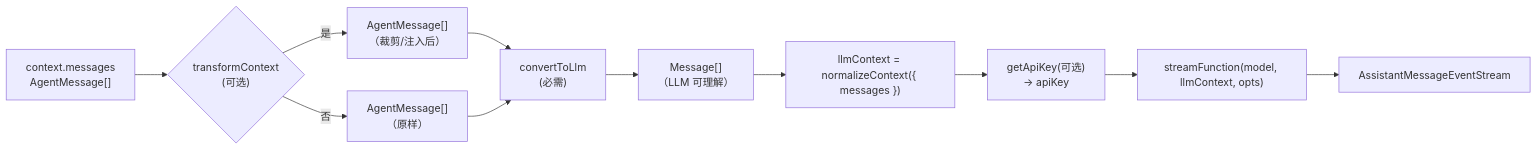
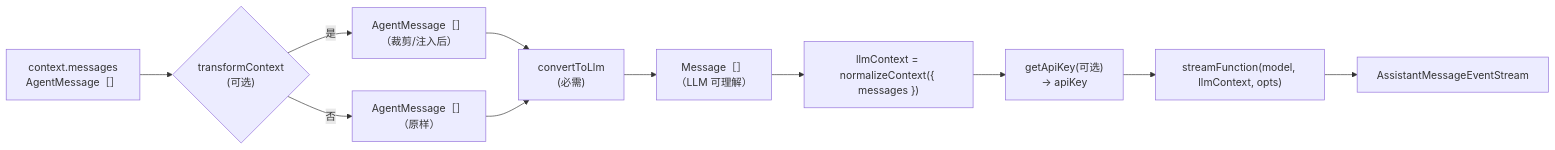
Before and after one commit to ypzyfl/pi: the first of 2 diagrams in learning/notes/modules/agent-loop-stream.zh.md, drawn with Mermaid. The commit also changed 1 other file, not shown here.

Commit message:
修复mermaid图错误。

````diff
--- a/learning/notes/modules/agent-loop-stream.zh.md
+++ b/learning/notes/modules/agent-loop-stream.zh.md
@@ -19,13 +19,13 @@
 ```mermaid
 flowchart LR
-    A["context.messages<br/>AgentMessage[]"] --> B{"transformContext<br/>(可选)"}
-    B -->|是| B2["AgentMessage[]<br/>（裁剪/注入后）"]
-    B -->|否| B3["AgentMessage[]<br/>（原样）"]
+    A["context.messages<br/>AgentMessage［］"] --> B{"transformContext<br/>(可选)"}
+    B -->|是| B2["AgentMessage［］<br/>（裁剪/注入后）"]
+    B -->|否| B3["AgentMessage［］<br/>（原样）"]
     B2 --> C["convertToLlm<br/>(必需)"]
     B3 --> C
-    C --> D["Message[]<br/>（LLM 可理解）"]
+    C --> D["Message［］<br/>（LLM 可理解）"]
     D --> E["llmContext = normalizeContext({ messages })"]
     E --> F["getApiKey(可选)<br/>→ apiKey"]
     F --> G["streamFunction(model, llmContext, opts)"]
     G --> H["AssistantMessageEventStream"]
 ```
````
